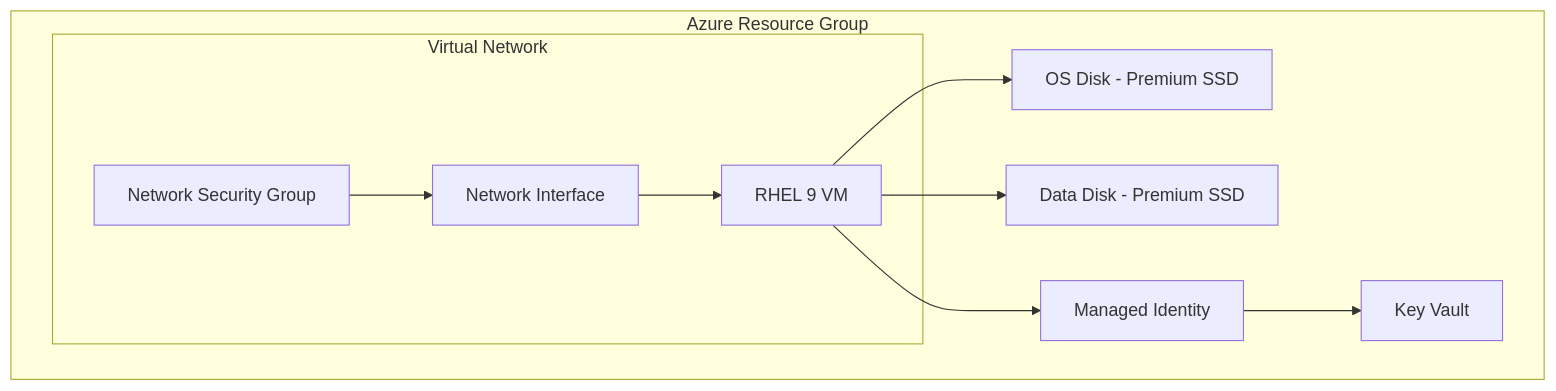
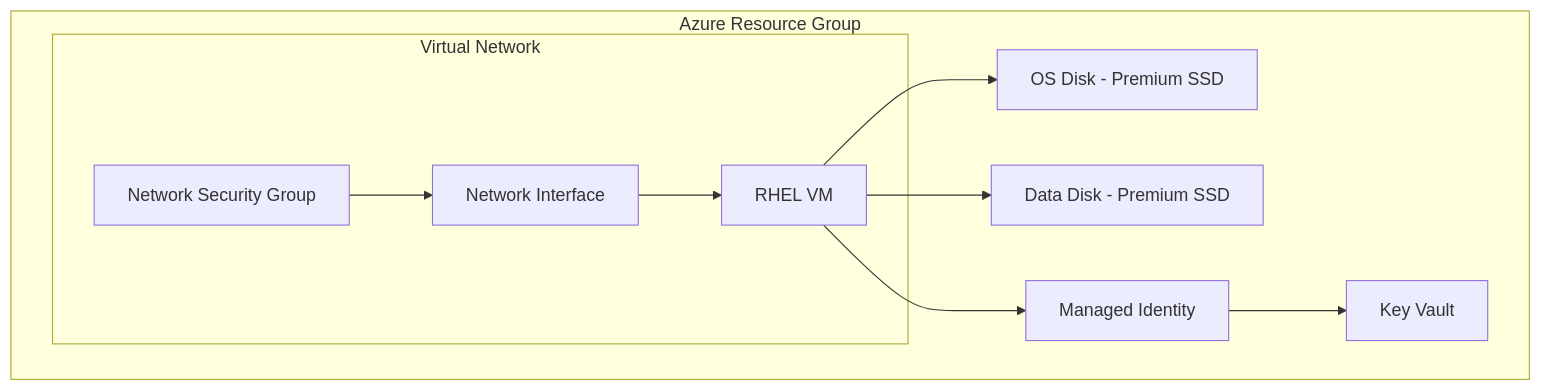
One commit to OneUptime/blog changed the diagram in posts/2026-03-04-set-up-rhel-9-azure-virtual-machines/README.md. Above: the diagram before and after it, drawn with Mermaid. The commit also changed other lines of this file and 4866 other files, not shown here.

````diff
--- a/posts/2026-03-04-set-up-rhel-9-azure-virtual-machines/README.md
+++ b/posts/2026-03-04-set-up-rhel-9-azure-virtual-machines/README.md
@@ -15,17 +15,17 @@
 ```mermaid
 graph TB
     subgraph "Azure Resource Group"
         subgraph "Virtual Network"
             NSG[Network Security Group]
-            VM[RHEL 9 VM]
+            VM[RHEL VM]
             NIC[Network Interface]
             NSG --> NIC --> VM
         end
         OSDisk[OS Disk - Premium SSD]
         DataDisk[Data Disk - Premium SSD]
         VM --> OSDisk
         VM --> DataDisk
         VM --> MI[Managed Identity]
         MI --> KV[Key Vault]
     end
 ```
````
